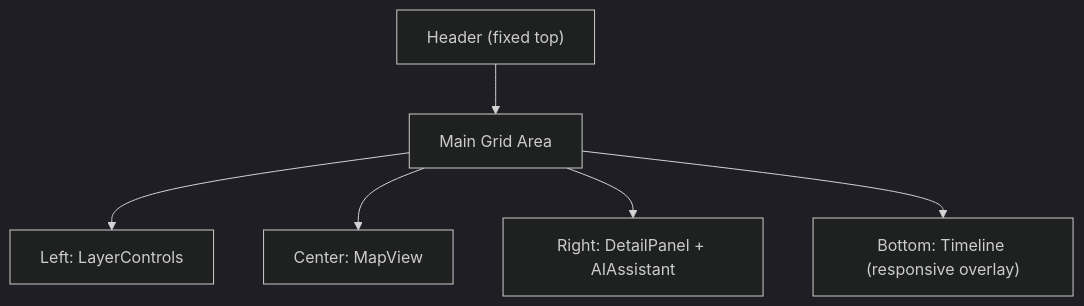
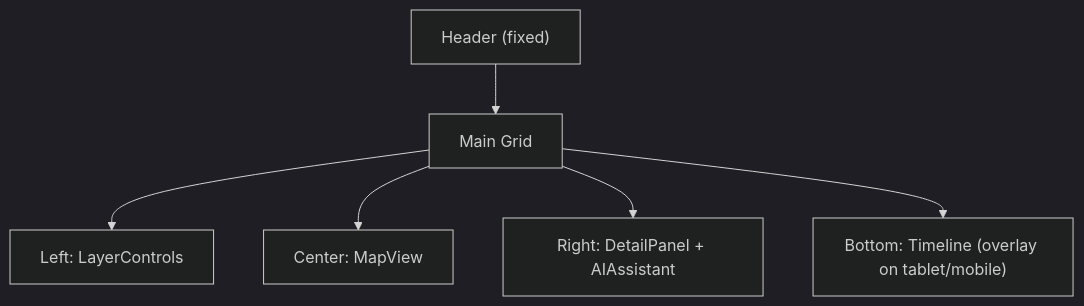
The second of 2 diagrams in web/src/components/AppShell/README.md (bartytime4life/Kansas-Frontier-Matrix), drawn with Mermaid (dark theme) before and after one commit. The commit also changed other lines of this file, not shown here.

````diff
--- a/web/src/components/AppShell/README.md
+++ b/web/src/components/AppShell/README.md
@@ -146,9 +118,9 @@
 ```mermaid
 flowchart TB
-  H["Header (fixed top)"] --> MA["Main Grid Area"]
-  MA --> L["Left: LayerControls"]
-  MA --> M["Center: MapView"]
-  MA --> D["Right: DetailPanel + AIAssistant"]
-  MA --> TL["Bottom: Timeline (responsive overlay)"]
+  H["Header (fixed)"] --> G["Main Grid"]
+  G --> LC["Left: LayerControls"]
+  G --> MV["Center: MapView"]
+  G --> DP["Right: DetailPanel + AIAssistant"]
+  G --> TL["Bottom: Timeline (overlay on tablet/mobile)"]
 %% END OF MERMAID
 ```
````
